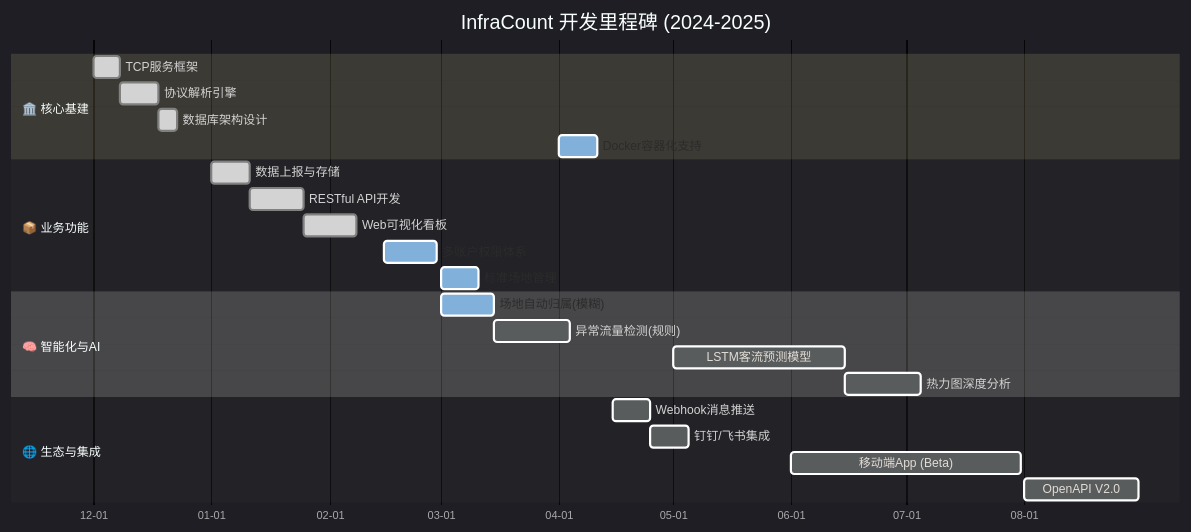
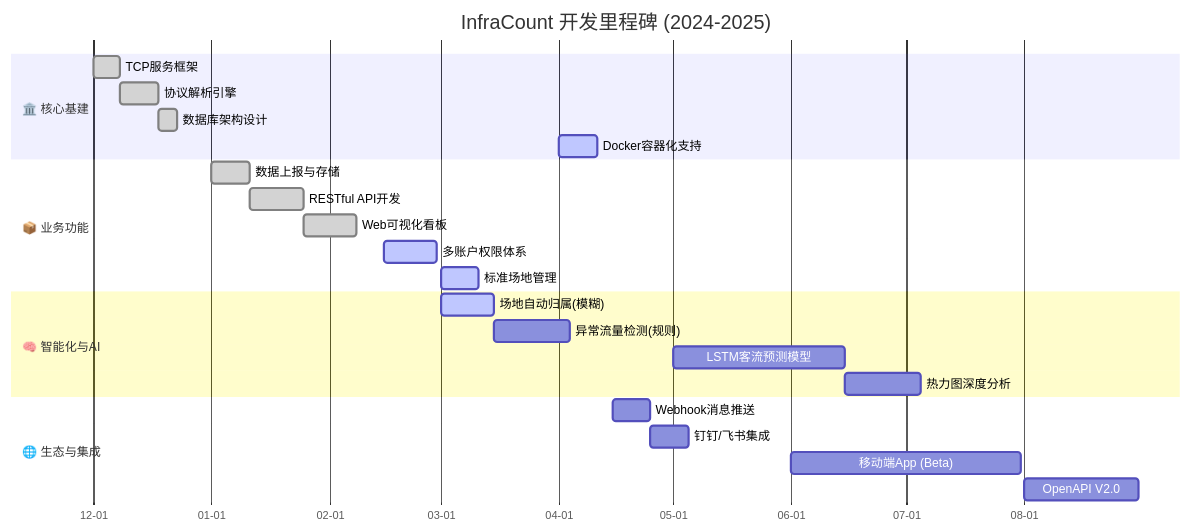
Before and after one commit to HF-CYGG/InfraCount: the first of 7 diagrams in README.md, drawn with Mermaid. The commit also changed other lines of this file, not shown here.

First line of the commit message:
docs: 移除图表暗色主题强制样式以支持主题自适应

````diff
--- a/README.md
+++ b/README.md
@@ -82,37 +82,36 @@
 ```mermaid
-%%{init: {'theme': 'dark', 'themeVariables': { 'darkMode': true }}}%%
 gantt
     title InfraCount 开发里程碑 (2024-2025)
     dateFormat  YYYY-MM-DD
     axisFormat  %m-%d
     
     %% 定义颜色
     %% classDef planned fill:#b71c1c,stroke:#fff,stroke-width:1px;
     %% classDef active fill:#e65100,stroke:#fff,stroke-width:1px;
     %% classDef done fill:#1b5e20,stroke:#fff,stroke-width:1px;
 
     section 🏛️ 核心基建
     TCP服务框架       :done,    core1, 2023-12-01, 7d
     协议解析引擎       :done,    core2, after core1, 10d
     数据库架构设计     :done,    core3, after core2, 5d
     Docker容器化支持  :active,  core4, 2024-04-01, 10d
 
     section 📦 业务功能
     数据上报与存储     :done,    biz1,  2024-01-01, 10d
     RESTful API开发   :done,    biz2,  after biz1, 14d
     Web可视化看板      :done,    biz3,  after biz2, 14d
     多账户权限体系     :active,  biz4,  2024-02-15, 14d
     标准场地管理       :active,  biz5,  2024-03-01, 10d
 
     section 🧠 智能化与AI
     场地自动归属(模糊) :active,  ai1,   2024-03-01, 14d
     异常流量检测(规则) :         ai2,   after ai1, 20d
     LSTM客流预测模型   :         ai3,   2024-05-01, 45d
     热力图深度分析     :         ai4,   after ai3, 20d
 
     section 🌐 生态与集成
     Webhook消息推送    :         eco1,  2024-04-15, 10d
     钉钉/飞书集成      :         eco2,  after eco1, 10d
     移动端App (Beta)   :         eco3,  2024-06-01, 60d
     OpenAPI V2.0      :         eco4,  2024-08-01, 30d
 ```
````
